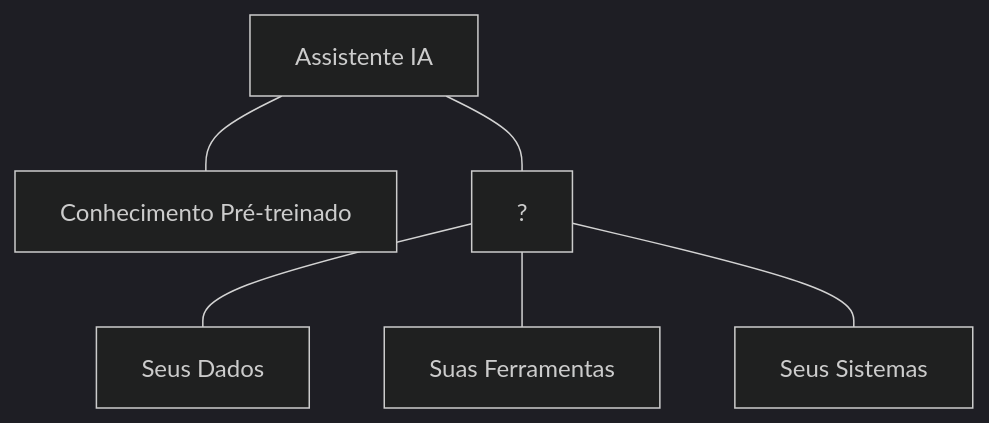
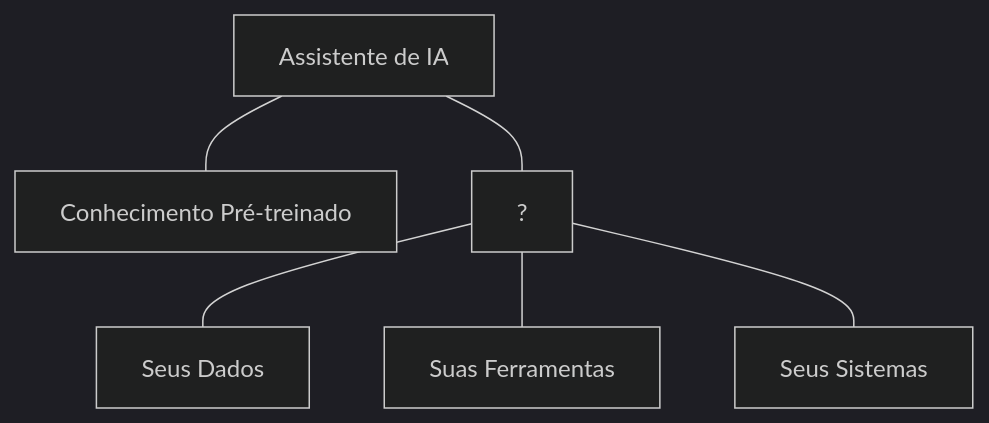
Before and after one commit to felipepimentel/my-public-notes: the first of 10 diagrams in AI/Communication/MCP/00-mcp-presentation-zero to hero.md, drawn with Mermaid (dark theme). The commit also changed other lines of this file and 1 other file, not shown here.

````diff
--- a/AI/Communication/MCP/00-mcp-presentation-zero to hero.md
+++ b/AI/Communication/MCP/00-mcp-presentation-zero to hero.md
@@ -22,8 +22,8 @@
 ```mermaid
 graph TD
-    A[Assistente IA] --- B[Conhecimento Pré-treinado]
+    A[Assistente de IA] --- B[Conhecimento Pré-treinado]
     A --- C[?]
     C --- D[Seus Dados]
     C --- E[Suas Ferramentas]
     C --- F[Seus Sistemas]
 ```
````
